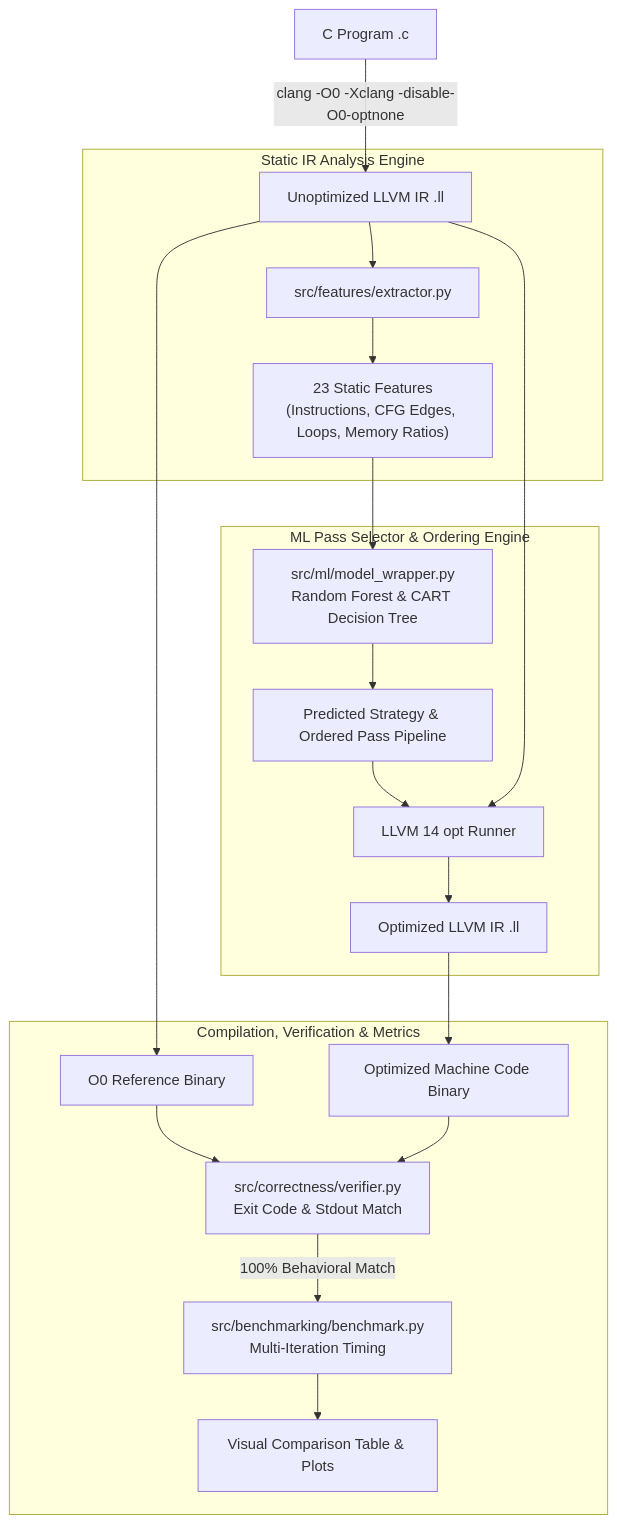
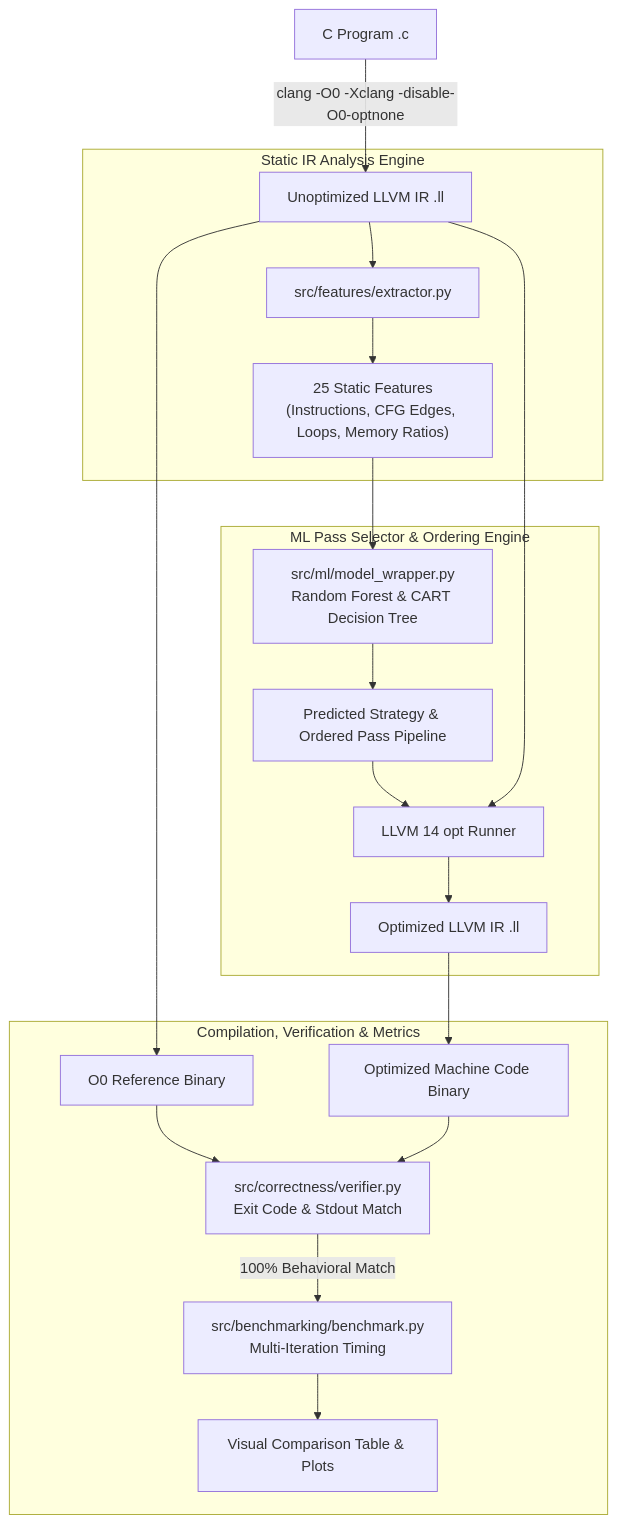
The diagram in README.md (Aarush2905/ml-optimization-pass-selector), drawn with Mermaid before and after one commit. The commit also changed other lines of this file and 48 other files, not shown here.

````diff
--- a/README.md
+++ b/README.md
@@ -31,26 +31,26 @@
 ```mermaid
 flowchart TD
     C[C Program .c] -->|clang -O0 -Xclang -disable-O0-optnone| IR[Unoptimized LLVM IR .ll]
     
     subgraph Feature_Extraction [Static IR Analysis Engine]
         IR --> Extractor[src/features/extractor.py]
-        Extractor --> Vector["23 Static Features\n(Instructions, CFG Edges, Loops, Memory Ratios)"]
+        Extractor --> Vector["25 Static Features\n(Instructions, CFG Edges, Loops, Memory Ratios)"]
     end
 
     subgraph Intelligence [ML Pass Selector & Ordering Engine]
         Vector --> Model[src/ml/model_wrapper.py\nRandom Forest & CART Decision Tree]
         Model --> PredictedSeq[Predicted Strategy & Ordered Pass Pipeline]
         PredictedSeq --> PassRunner[LLVM 14 opt Runner]
         IR --> PassRunner
         PassRunner --> ML_IR[Optimized LLVM IR .ll]
     end
 
     subgraph Execution_Benchmarking [Compilation, Verification & Metrics]
         IR --> RefBin[O0 Reference Binary]
         ML_IR --> MLBin[Optimized Machine Code Binary]
         RefBin --> Verifier[src/correctness/verifier.py\nExit Code & Stdout Match]
         MLBin --> Verifier
         Verifier -->|100% Behavioral Match| Bench[src/benchmarking/benchmark.py\nMulti-Iteration Timing]
         Bench --> Display[Visual Comparison Table & Plots]
     end
 ```
````
